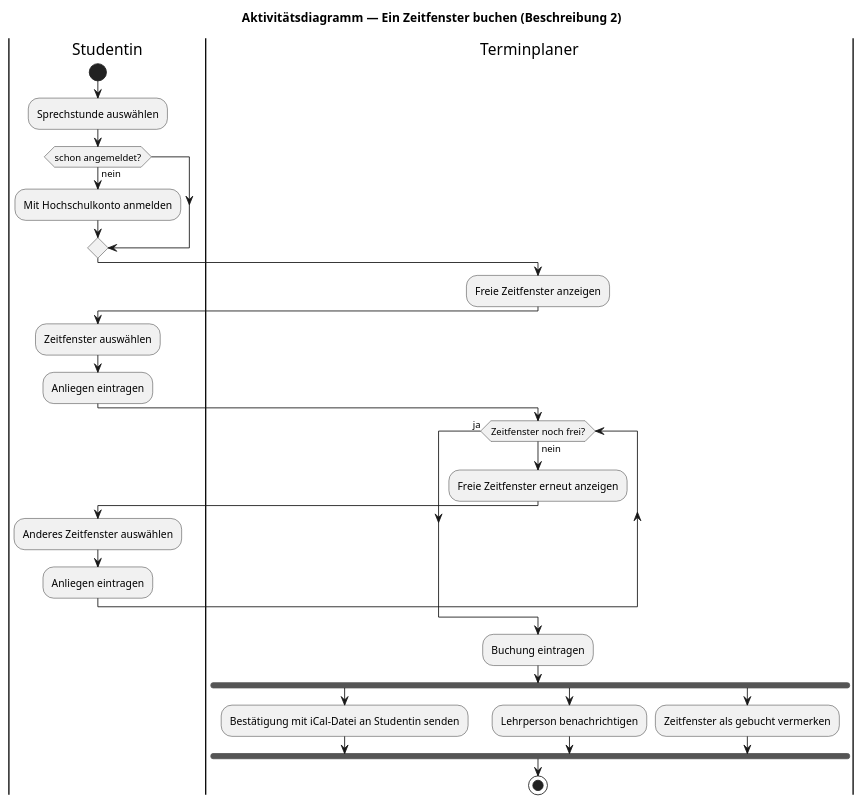
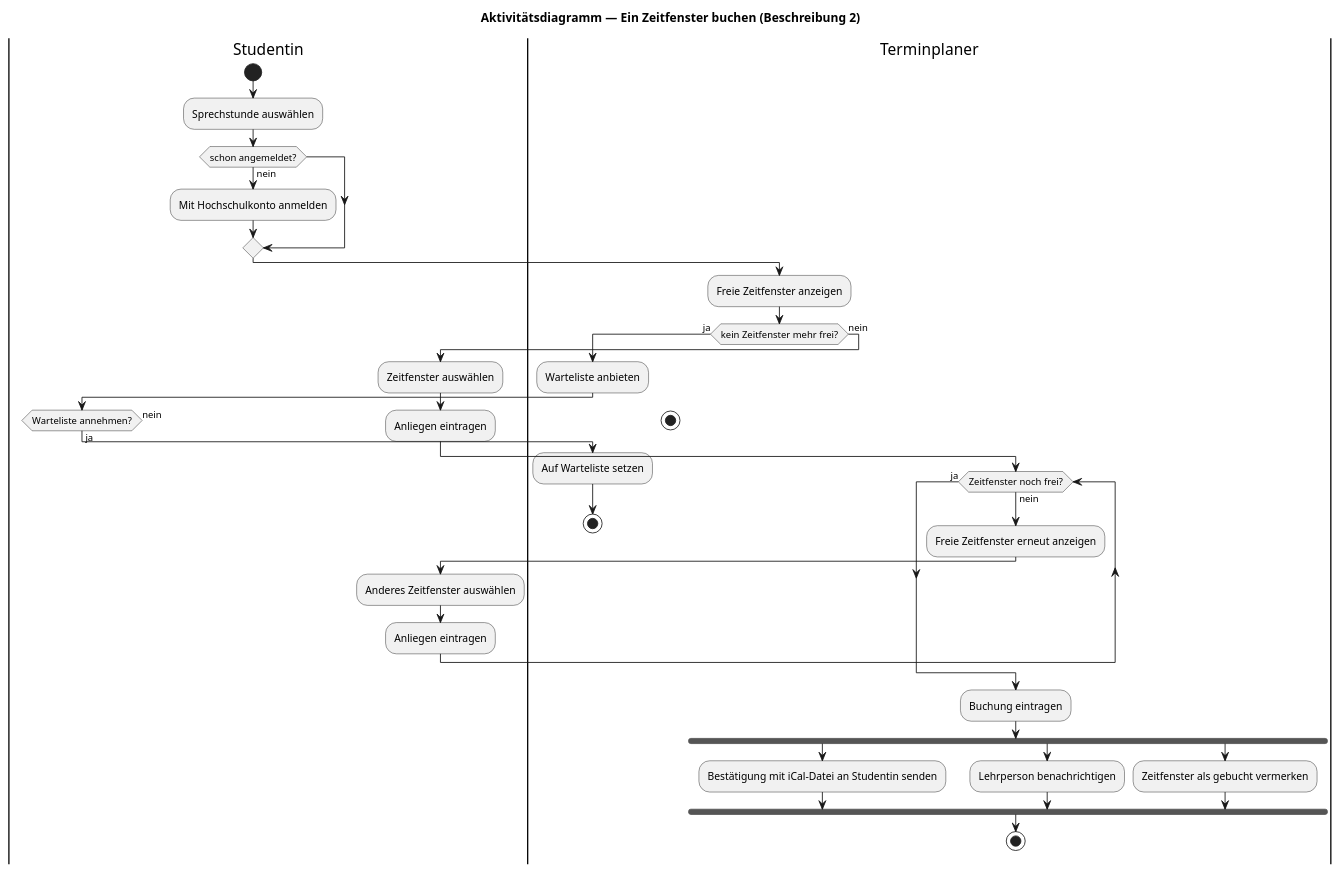
One commit to carstenlucke/thm_wk-1208_softwaretechnik-uebungen changed the diagram in ue06/anas23088/aktivitaet.puml. Above: the diagram before and after it, drawn with PlantUML.

Commit message:
Warteliste im Aktivitaetsdiagramm ergaenzen

```diff
--- a/ue06/anas23088/aktivitaet.puml
+++ b/ue06/anas23088/aktivitaet.puml
@@ -1,39 +1,51 @@
 @startuml
 title Aktivitätsdiagramm — Ein Zeitfenster buchen (Beschreibung 2)
 
 |Studentin|
 start
 :Sprechstunde auswählen;
 
 if (schon angemeldet?) then (nein)
   :Mit Hochschulkonto anmelden;
 endif
 
 |Terminplaner|
 :Freie Zeitfenster anzeigen;
 
-|Studentin|
-:Zeitfenster auswählen;
-:Anliegen eintragen;
+if (kein Zeitfenster mehr frei?) then (ja)
+  :Warteliste anbieten;
+  |Studentin|
+  if (Warteliste annehmen?) then (ja)
+    |Terminplaner|
+    :Auf Warteliste setzen;
+    stop
+  else (nein)
+    stop
+  endif
+else (nein)
+  |Studentin|
+  :Zeitfenster auswählen;
+  :Anliegen eintragen;
 
-|Terminplaner|
-while (Zeitfenster noch frei?) is (nein)
-  :Freie Zeitfenster erneut anzeigen;
-  |Studentin|
-  :Anderes Zeitfenster auswählen;
-  :Anliegen eintragen;
   |Terminplaner|
-endwhile (ja)
+  while (Zeitfenster noch frei?) is (nein)
+    :Freie Zeitfenster erneut anzeigen;
+    |Studentin|
+    :Anderes Zeitfenster auswählen;
+    :Anliegen eintragen;
+    |Terminplaner|
+  endwhile (ja)
 
-:Buchung eintragen;
+  :Buchung eintragen;
 
-fork
-  :Bestätigung mit iCal-Datei an Studentin senden;
-fork again
-  :Lehrperson benachrichtigen;
-fork again
-  :Zeitfenster als gebucht vermerken;
-end fork
+  fork
+    :Bestätigung mit iCal-Datei an Studentin senden;
+  fork again
+    :Lehrperson benachrichtigen;
+  fork again
+    :Zeitfenster als gebucht vermerken;
+  end fork
 
-stop
+  stop
+endif
 @enduml
```
